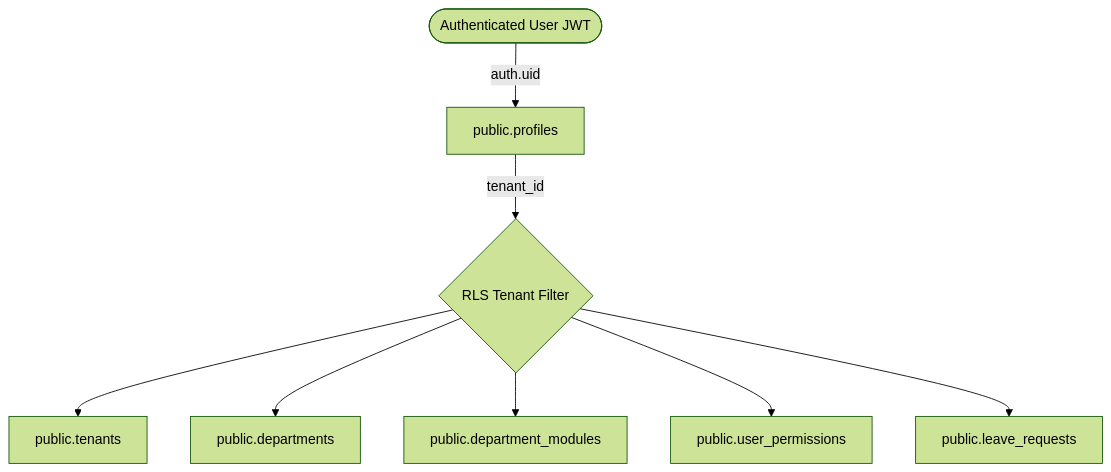
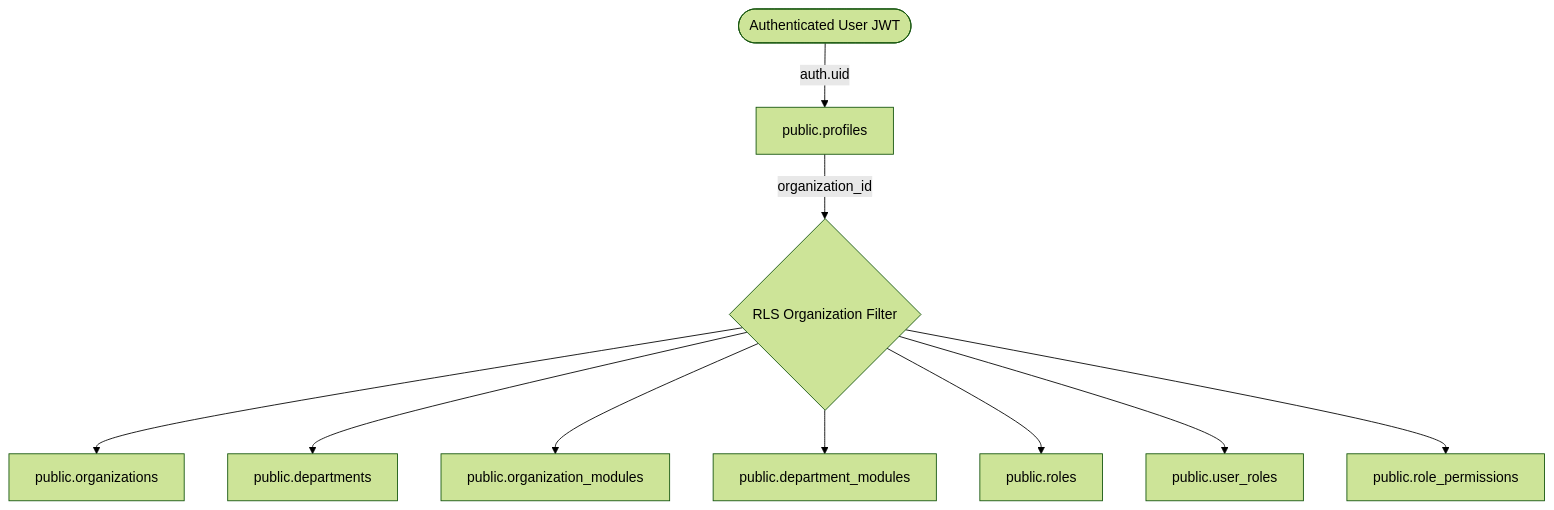
The first of 3 diagrams in ARCHITECTURE.md (jKyle08/jk-payroll), drawn with Mermaid (forest theme) before and after one commit. The commit also changed other lines of this file and 131 other files, not shown here.

Commit message:
docs: consolidate canonical architecture, archive phase records, and remove obsolete .agent tree

````diff
--- a/ARCHITECTURE.md
+++ b/ARCHITECTURE.md
@@ -13,10 +16,12 @@
 ```mermaid
 graph TD
     User([Authenticated User JWT]) -->|auth.uid| Profile[public.profiles]
-    Profile -->|tenant_id| TenantScope{RLS Tenant Filter}
-    TenantScope --> Tenants[public.tenants]
-    TenantScope --> Departments[public.departments]
-    TenantScope --> DeptModules[public.department_modules]
-    TenantScope --> UserPerms[public.user_permissions]
-    TenantScope --> TxData[public.leave_requests]
+    Profile -->|organization_id| OrgScope{RLS Organization Filter}
+    OrgScope --> Organizations[public.organizations]
+    OrgScope --> Departments[public.departments]
+    OrgScope --> OrgModules[public.organization_modules]
+    OrgScope --> DeptModules[public.department_modules]
+    OrgScope --> Roles[public.roles]
+    OrgScope --> UserRoles[public.user_roles]
+    OrgScope --> RolePerms[public.role_permissions]
 ```
````
